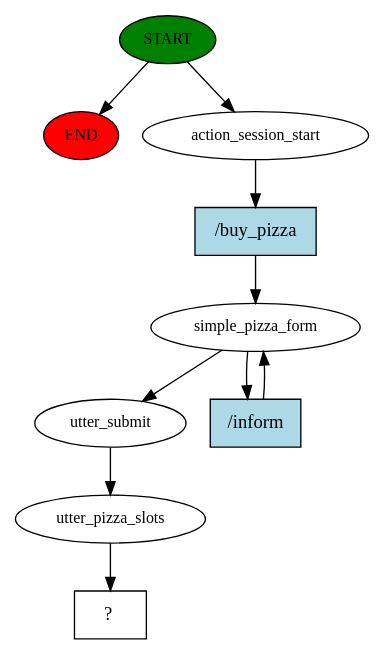
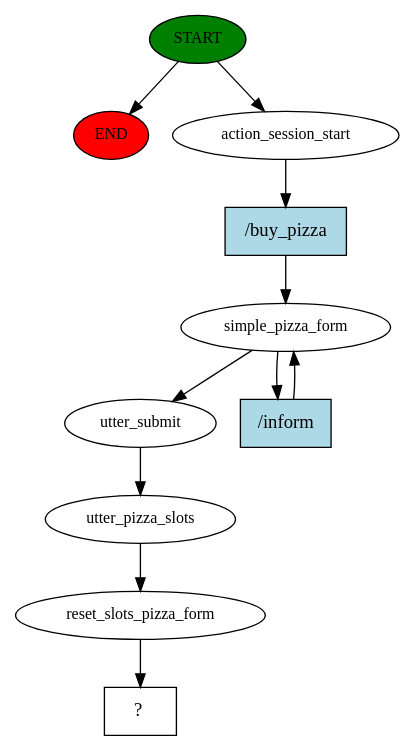
Before and after one commit to pawel22222/project-test: the diagram in story_graph.dot, drawn with Graphviz. The commit also changed 3 other files, not shown here.

Commit message:
feat: init reset_slots_pizza_form function

```diff
--- a/story_graph.dot
+++ b/story_graph.dot
@@ -1,20 +1,22 @@
 digraph  {
 0 [class="start active", fillcolor=green, fontsize=12, label=START, style=filled];
 "-1" [class=end, fillcolor=red, fontsize=12, label=END, style=filled];
 1 [class=active, fontsize=12, label=action_session_start];
 2 [class=active, fontsize=12, label=simple_pizza_form];
-5 [class=active, fontsize=12, label=utter_submit];
-6 [class=active, fontsize=12, label=utter_pizza_slots];
+4 [class=active, fontsize=12, label=utter_submit];
+5 [class=active, fontsize=12, label=utter_pizza_slots];
+6 [class=active, fontsize=12, label=reset_slots_pizza_form];
 7 [class="intent dashed active", label="  ?  ", shape=rect];
 8 [class="intent active", fillcolor=lightblue, label="/buy_pizza", shape=rect, style=filled];
 9 [class="intent active", fillcolor=lightblue, label="/inform", shape=rect, style=filled];
 0 -> "-1"  [class="", key=NONE, label=""];
 0 -> 1  [class=active, key=NONE, label=""];
 1 -> 8  [class=active, key=0];
-2 -> 5  [class=active, key=NONE, label=""];
+2 -> 4  [class=active, key=NONE, label=""];
 2 -> 9  [class=active, key=0];
+4 -> 5  [class=active, key=NONE, label=""];
 5 -> 6  [class=active, key=NONE, label=""];
 6 -> 7  [class=active, key=NONE, label=""];
 8 -> 2  [class=active, key=0];
 9 -> 2  [class=active, key=0];
 }
```
